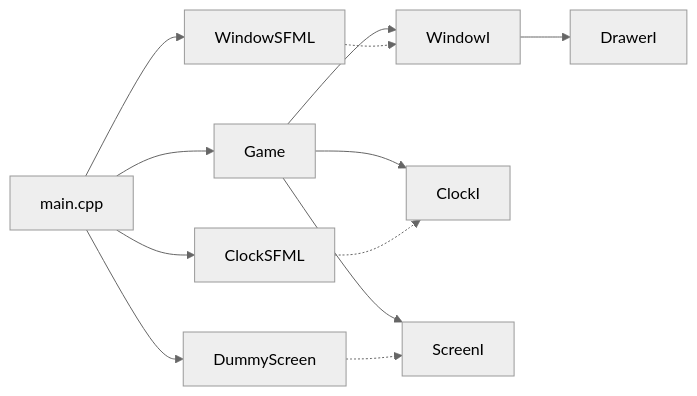
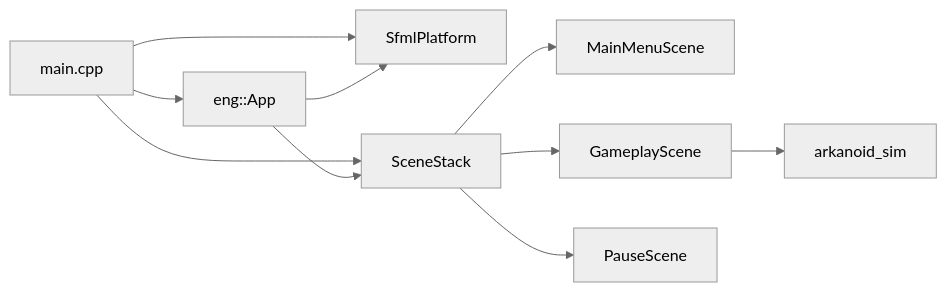
One commit to kblaszki/business-game changed the diagram in mvp/10-engine-progress.md. Above: the diagram before and after it, drawn with Mermaid (neutral theme). The commit also changed other lines of this file and 89 other files, not shown here.

Commit message:
Replace the legacy breakout tree with the eng engine and the arkanoid game.

````diff
--- a/mvp/10-engine-progress.md
+++ b/mvp/10-engine-progress.md
@@ -123,14 +80,12 @@
 ```mermaid
 flowchart LR
-  Main[main.cpp] --> SFMLWin[WindowSFML]
-  Main --> SFMLClk[ClockSFML]
-  Main --> Dummy[DummyScreen]
-  Main --> Game[Game]
-  Game --> WinI[WindowI]
-  Game --> ClkI[ClockI]
-  Game --> ScrI[ScreenI]
-  SFMLWin -.-> WinI
-  SFMLClk -.-> ClkI
-  Dummy -.-> ScrI
-  WinI --> DrwI[DrawerI]
+  Main[main.cpp] --> App[eng::App]
+  Main --> Plat[SfmlPlatform]
+  Main --> Stack[SceneStack]
+  App --> Plat
+  App --> Stack
+  Stack --> Menu[MainMenuScene]
+  Stack --> Play[GameplayScene]
+  Stack --> Pause[PauseScene]
+  Play --> Sim[arkanoid_sim]
 ```
````
